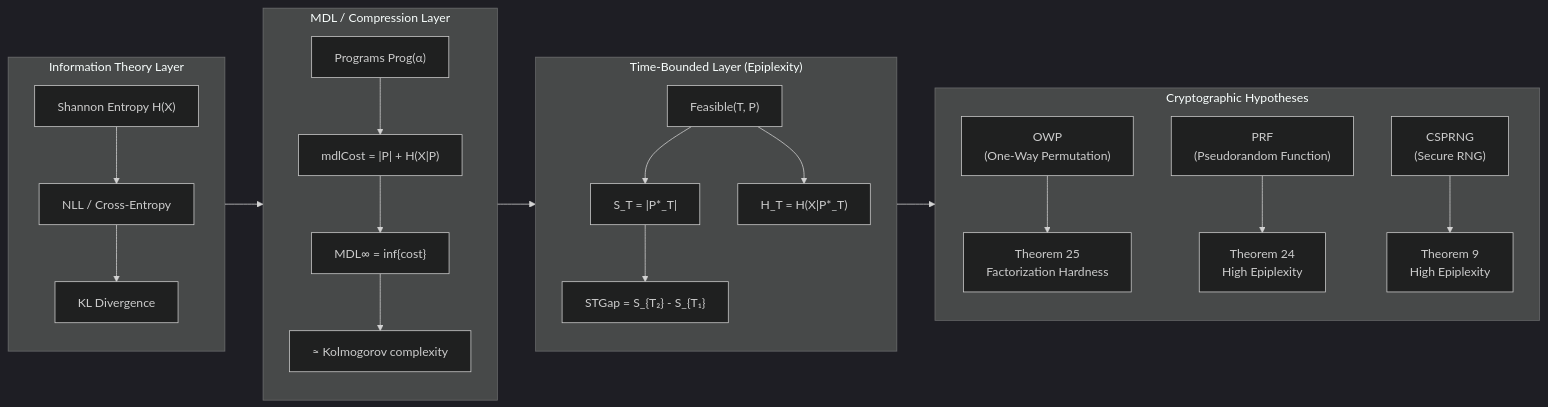
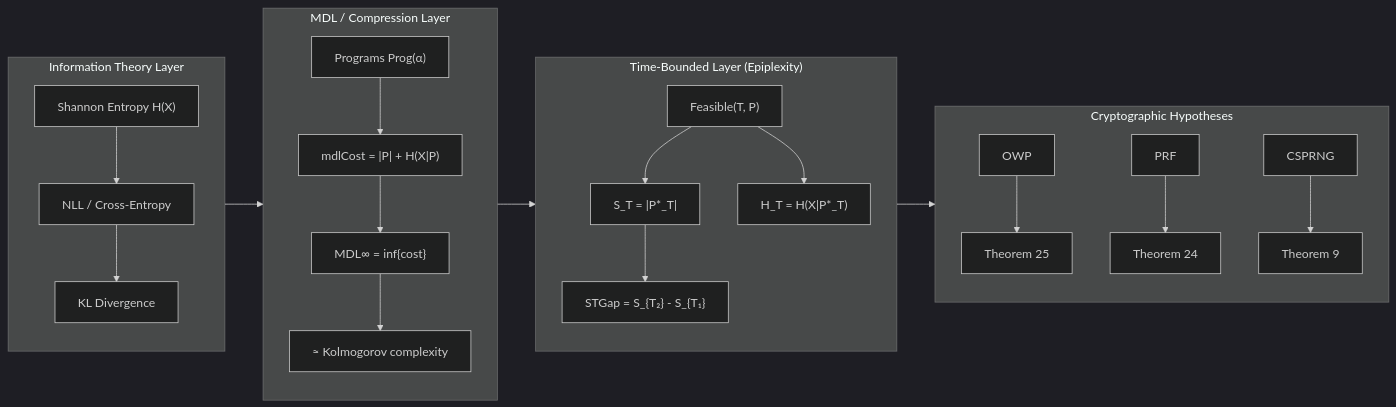
The diagram in README.md (Abraxas1010/epiplexity-lean), drawn with Mermaid (dark theme) before and after one commit. The commit also changed other lines of this file and 3 other files, not shown here.

````diff
--- a/README.md
+++ b/README.md
@@ -55,29 +132,29 @@
 ```mermaid
 flowchart LR
   subgraph Info["Information Theory Layer"]
     shannon["Shannon Entropy H(X)"] --> nll["NLL / Cross-Entropy"]
     nll --> kl["KL Divergence"]
   end
 
   subgraph MDL["MDL / Compression Layer"]
     prog["Programs Prog(α)"] --> cost["mdlCost = |P| + H(X|P)"]
     cost --> mdlinf["MDL∞ = inf{cost}"]
     mdlinf --> kolm["≈ Kolmogorov complexity"]
   end
 
   subgraph Time["Time-Bounded Layer (Epiplexity)"]
     feasible["Feasible(T, P)"] --> st["S_T = |P*_T|"]
     feasible --> ht["H_T = H(X|P*_T)"]
     st --> gap["STGap = S_{T₂} - S_{T₁}"]
   end
 
   subgraph Crypto["Cryptographic Hypotheses"]
-    owp["OWP\n(One-Way Permutation)"] --> thm25["Theorem 25\nFactorization Hardness"]
-    prf["PRF\n(Pseudorandom Function)"] --> thm24["Theorem 24\nHigh Epiplexity"]
-    csprng["CSPRNG\n(Secure RNG)"] --> thm9["Theorem 9\nHigh Epiplexity"]
+    owp["OWP"] --> thm25["Theorem 25"]
+    prf["PRF"] --> thm24["Theorem 24"]
+    csprng["CSPRNG"] --> thm9["Theorem 9"]
   end
 
   Info --> MDL
   MDL --> Time
   Time --> Crypto
 ```
````
